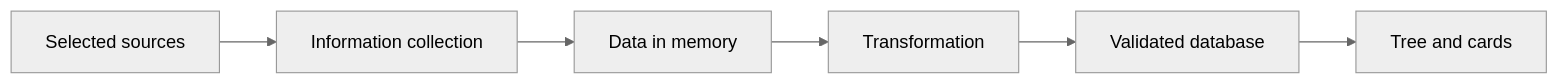
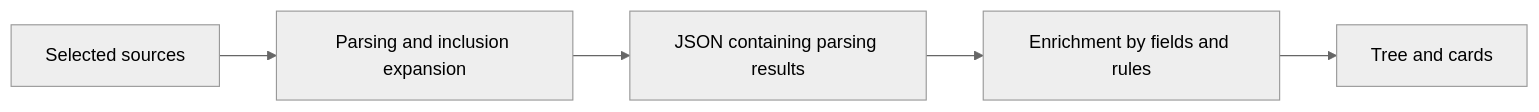
The diagram in WEB_STTV/Docs/CONCEPT_EN.md (RUSBAR-ITS/RBG_Stellaris_Mods), drawn with Mermaid (neutral theme) before and after one commit. The commit also changed other lines of this file and 101 other files, not shown here.

````diff
--- a/WEB_STTV/Docs/CONCEPT_EN.md
+++ b/WEB_STTV/Docs/CONCEPT_EN.md
@@ -51,8 +53,7 @@
 ```mermaid
 flowchart LR
-    sources[Selected sources] --> collect[Information collection]
-    collect --> raw[Data in memory]
-    raw --> transform[Transformation]
-    transform --> database[Validated database]
-    database --> view[Tree and cards]
+    sources[Selected sources] --> parse[Parsing and inclusion expansion]
+    parse --> database[JSON containing parsing results]
+    database --> enrich[Enrichment by fields and rules]
+    enrich --> view[Tree and cards]
 ```
````
